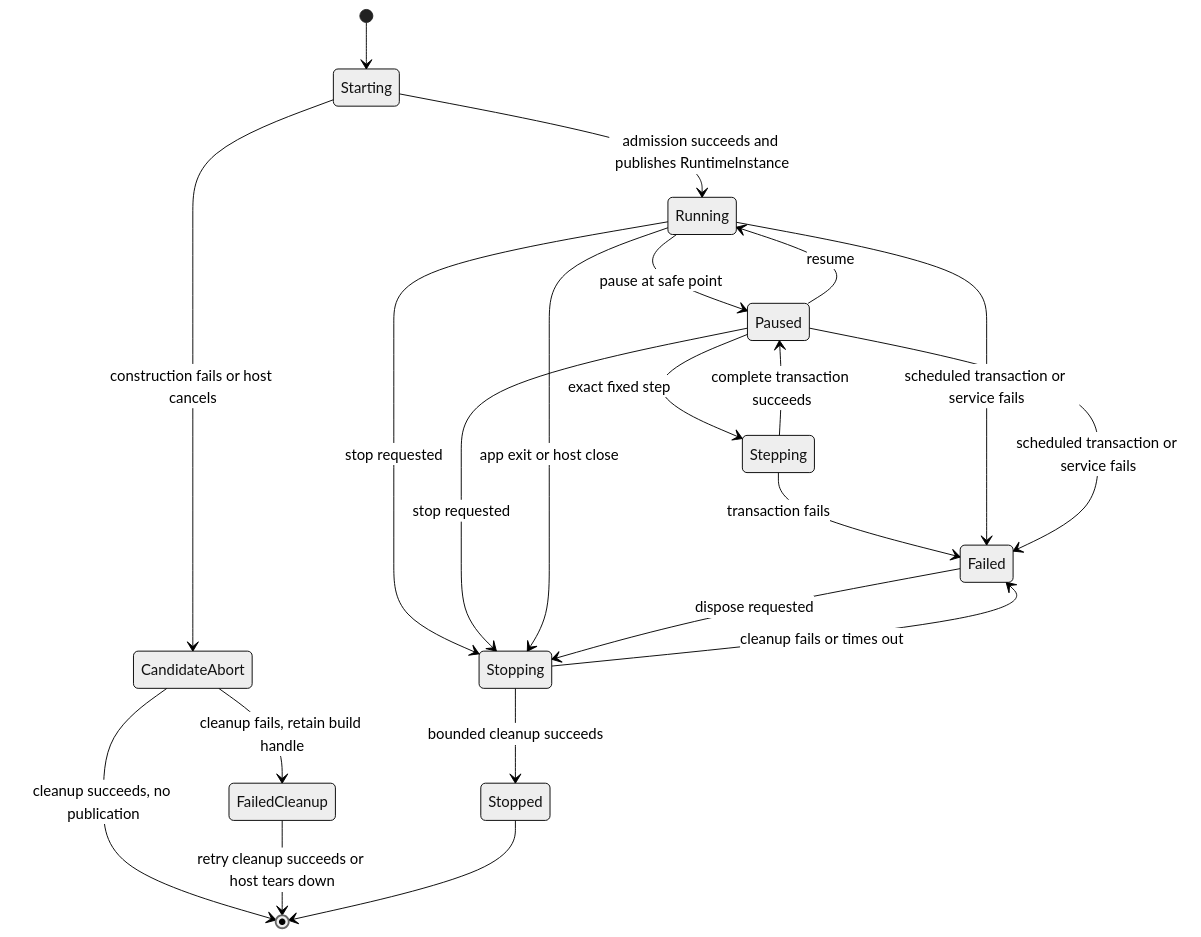
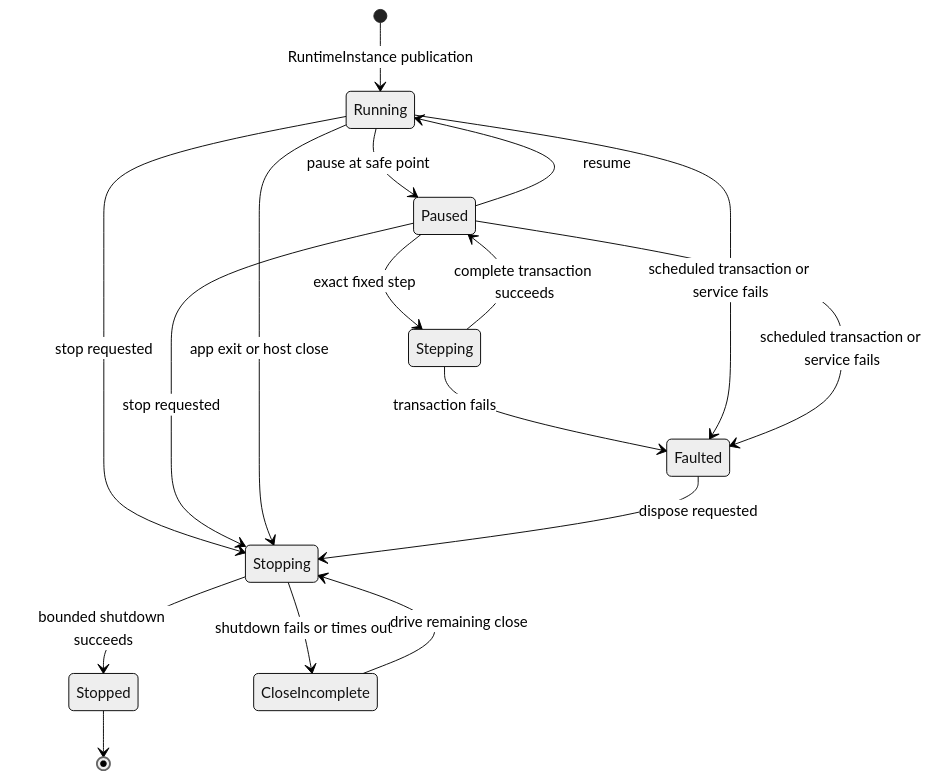
Before and after one commit to Latias94/nara: the seventh of 8 diagrams in docs/plans/2026-07-12-001-refactor-reference-game-driven-foundation-plan.md, drawn with Mermaid (neutral theme). The commit also changed other lines of this file and 15 other files, not shown here.

First line of the commit message:
docs(architecture): tighten runtime and authoring interfaces

````diff
--- a/docs/plans/2026-07-12-001-refactor-reference-game-driven-foundation-plan.md
+++ b/docs/plans/2026-07-12-001-refactor-reference-game-driven-foundation-plan.md
@@ -305,23 +315,19 @@
 ```mermaid
 stateDiagram-v2
-    [*] --> Starting
-    Starting --> Running: admission succeeds and publishes RuntimeInstance
-    Starting --> CandidateAbort: construction fails or host cancels
-    CandidateAbort --> [*]: cleanup succeeds, no publication
-    CandidateAbort --> FailedCleanup: cleanup fails, retain build handle
-    FailedCleanup --> [*]: retry cleanup succeeds or host tears down
+    [*] --> Running: RuntimeInstance publication
     Running --> Paused: pause at safe point
     Paused --> Running: resume
     Paused --> Stepping: exact fixed step
     Stepping --> Paused: complete transaction succeeds
-    Stepping --> Failed: transaction fails
-    Running --> Failed: scheduled transaction or service fails
-    Paused --> Failed: scheduled transaction or service fails
+    Stepping --> Faulted: transaction fails
+    Running --> Faulted: scheduled transaction or service fails
+    Paused --> Faulted: scheduled transaction or service fails
     Running --> Stopping: stop requested
     Paused --> Stopping: stop requested
     Running --> Stopping: app exit or host close
-    Failed --> Stopping: dispose requested
-    Stopping --> Stopped: bounded cleanup succeeds
-    Stopping --> Failed: cleanup fails or times out
+    Faulted --> Stopping: dispose requested
+    Stopping --> Stopped: bounded shutdown succeeds
+    Stopping --> CloseIncomplete: shutdown fails or times out
+    CloseIncomplete --> Stopping: drive remaining close
     Stopped --> [*]
 ```
````
